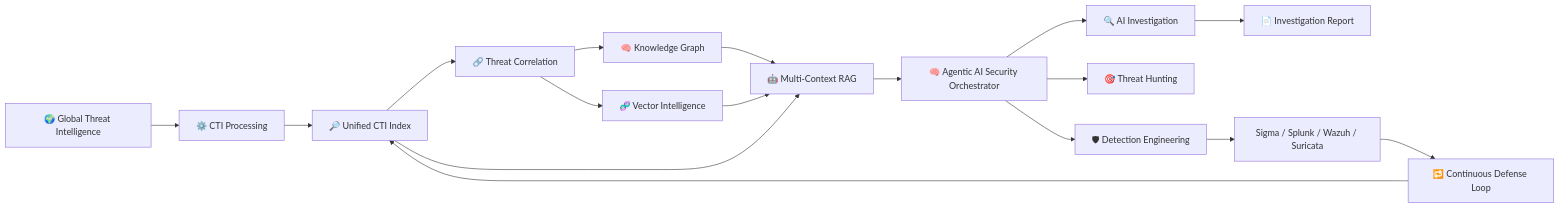
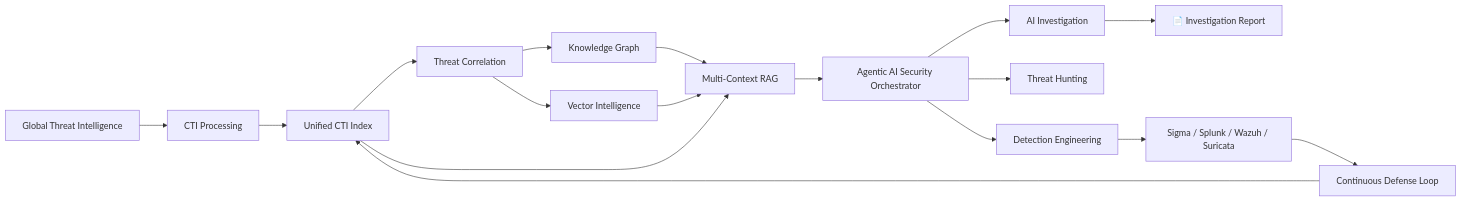
The first of 11 diagrams in README.md (aminemaouhoub1312/ShadowScope-AM), drawn with Mermaid before and after one commit. The commit also changed other lines of this file, not shown here.

````diff
--- a/README.md
+++ b/README.md
@@ -101,26 +101,26 @@
 ```mermaid
 flowchart LR
 
-    A["🌍 Global Threat Intelligence"] --> B["⚙️ CTI Processing"]
-    B --> C["🔎 Unified CTI Index"]
-    C --> D["🔗 Threat Correlation"]
+    A[" Global Threat Intelligence"] --> B[" CTI Processing"]
+    B --> C[" Unified CTI Index"]
+    C --> D[" Threat Correlation"]
 
-    D --> E["🧠 Knowledge Graph"]
-    D --> F["🧬 Vector Intelligence"]
+    D --> E[" Knowledge Graph"]
+    D --> F[" Vector Intelligence"]
 
-    E --> G["🤖 Multi-Context RAG"]
+    E --> G[" Multi-Context RAG"]
     F --> G
     C --> G
 
-    G --> H["🧠 Agentic AI Security Orchestrator"]
+    G --> H[" Agentic AI Security Orchestrator"]
 
-    H --> I["🔍 AI Investigation"]
-    H --> J["🎯 Threat Hunting"]
-    H --> K["🛡 Detection Engineering"]
+    H --> I[" AI Investigation"]
+    H --> J[" Threat Hunting"]
+    H --> K[" Detection Engineering"]
 
     I --> L["📄 Investigation Report"]
     K --> M["Sigma / Splunk / Wazuh / Suricata"]
 
-    M --> N["🔁 Continuous Defense Loop"]
+    M --> N[" Continuous Defense Loop"]
     N --> C
 ```
````
